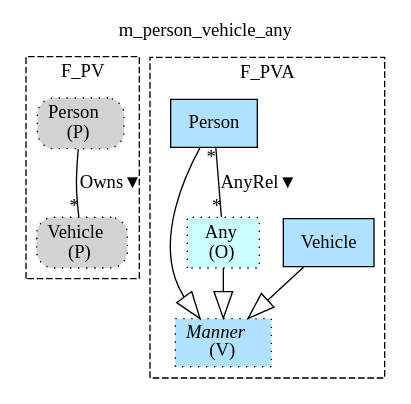
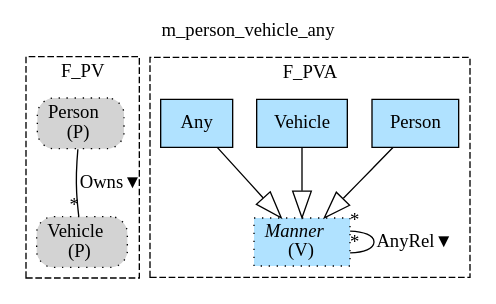
One commit to namalio/Fragmenta changed the diagram in Haskell/FragmentaTests/PersonVehicle/img/m_person_vehicle_any_Mdl.gv. Above: the diagram before and after it, drawn with Graphviz. The commit also changed 106 other files, not shown here.

```diff
--- a/Haskell/FragmentaTests/PersonVehicle/img/m_person_vehicle_any_Mdl.gv
+++ b/Haskell/FragmentaTests/PersonVehicle/img/m_person_vehicle_any_Mdl.gv
@@ -1,23 +1,23 @@
 digraph {graph[label=m_person_vehicle_any,labelloc=tl,labelfontsize=12];
 subgraph cluster_F_PV{style=dashed;label=F_PV;
 "PPerson"[shape=box,fillcolor=lightgray,style ="rounded,filled,dotted",label=<Person<br/>(P)>];
 "PVehicle"[shape=box,fillcolor=lightgray,style ="rounded,filled,dotted",label=<Vehicle<br/>(P)>];
 
 "PPerson"->"PVehicle"[label="Owns▼",dir=none,taillabel="",headlabel="*"];
 
 }
 
 
 subgraph cluster_F_PVA{style=dashed;label=F_PVA;
+"Person"[shape=record,fillcolor=lightskyblue1,style = filled,label="Person"];
 "Vehicle"[shape=record,fillcolor=lightskyblue1,style = filled,label="Vehicle"];
+"Any"[shape=record,fillcolor=lightskyblue1,style = filled,label="Any"];
 "Manner"[shape=record,fillcolor=lightskyblue1,style ="filled,dotted",label=<{<I>Manner</I><br/>(V)}>];
-"Person"[shape=record,fillcolor=lightskyblue1,style = filled,label="Person"];
-"Any"[shape=record,fillcolor="#CCFFFF",style ="filled,dotted",label=<Any<br/>(O)>];
 
 "Person"->"Manner"[arrowhead=onormal,arrowsize=2.0];
 "Vehicle"->"Manner"[arrowhead=onormal,arrowsize=2.0];
 "Any"->"Manner"[arrowhead=onormal,arrowsize=2.0];
-"Person"->"Any"[label="AnyRel▼",dir=none,taillabel="*",headlabel="*"];
+"Manner"->"Manner"[label="AnyRel▼",dir=none,taillabel="*",headlabel="*"];
 
 }
 }
```
